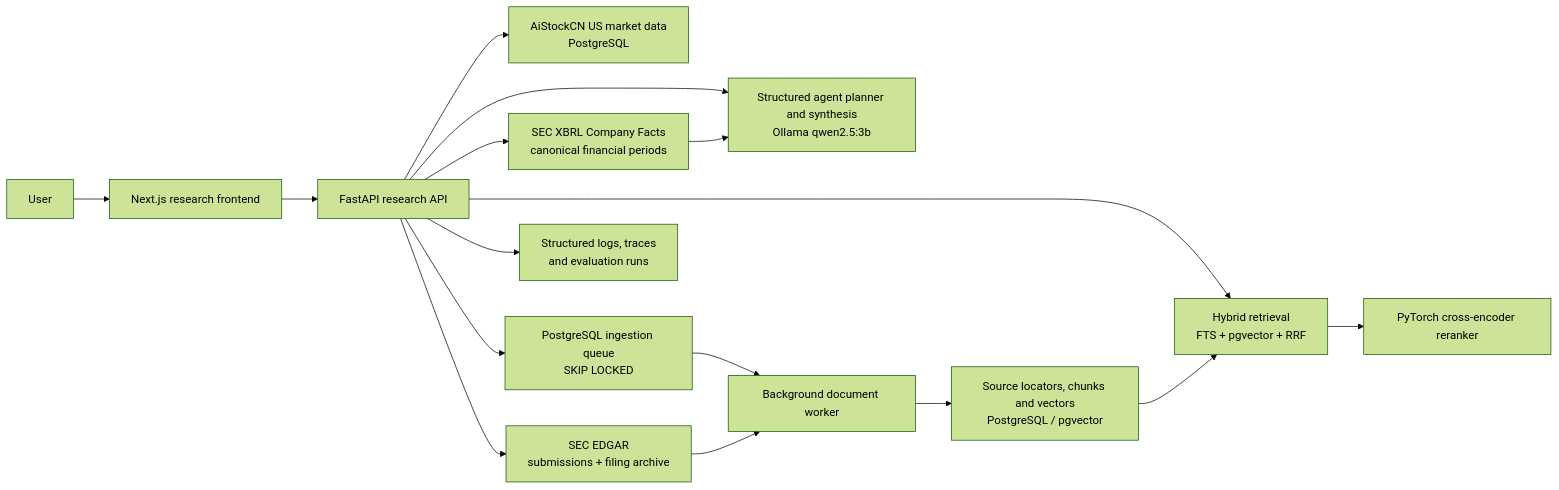
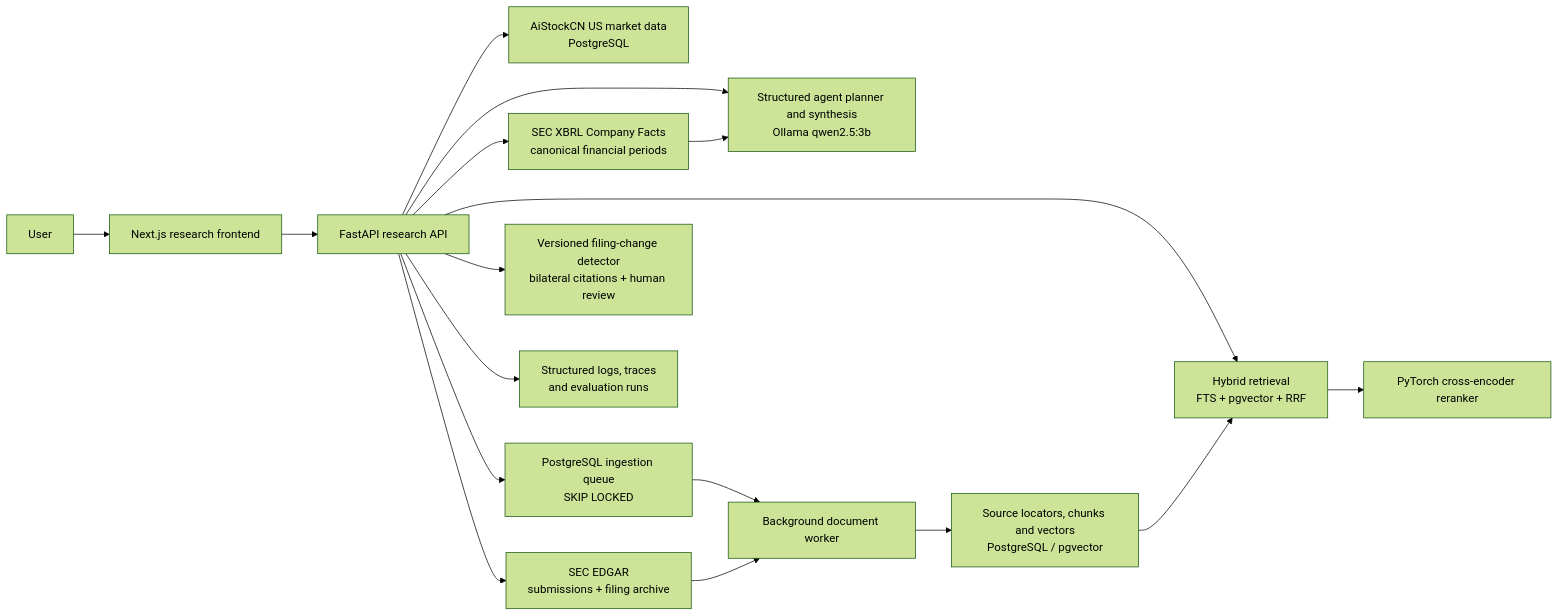
One commit to thisiscatcode/aistockcn changed the diagram in README.md. Above: the diagram before and after it, drawn with Mermaid (forest theme). The commit also changed other lines of this file and 36 other files, not shown here.

````diff
--- a/README.md
+++ b/README.md
@@ -64,18 +65,19 @@
 ```mermaid
 flowchart LR
     U["User"] --> W["Next.js research frontend"]
     W --> A["FastAPI research API"]
     A --> L["Structured agent planner and synthesis\nOllama qwen2.5:3b"]
     A --> M["AiStockCN US market data\nPostgreSQL"]
     A --> S["SEC EDGAR\nsubmissions + filing archive"]
     A --> X["SEC XBRL Company Facts\ncanonical financial periods"]
     A --> H["Hybrid retrieval\nFTS + pgvector + RRF"]
     H --> R["PyTorch cross-encoder reranker"]
     A --> Q["PostgreSQL ingestion queue\nSKIP LOCKED"]
+    A --> C["Versioned filing-change detector\nbilateral citations + human review"]
     Q --> K["Background document worker"]
     S --> K
     K --> V["Source locators, chunks and vectors\nPostgreSQL / pgvector"]
     V --> H
     A --> O["Structured logs, traces\nand evaluation runs"]
     X --> L
 ```
````
